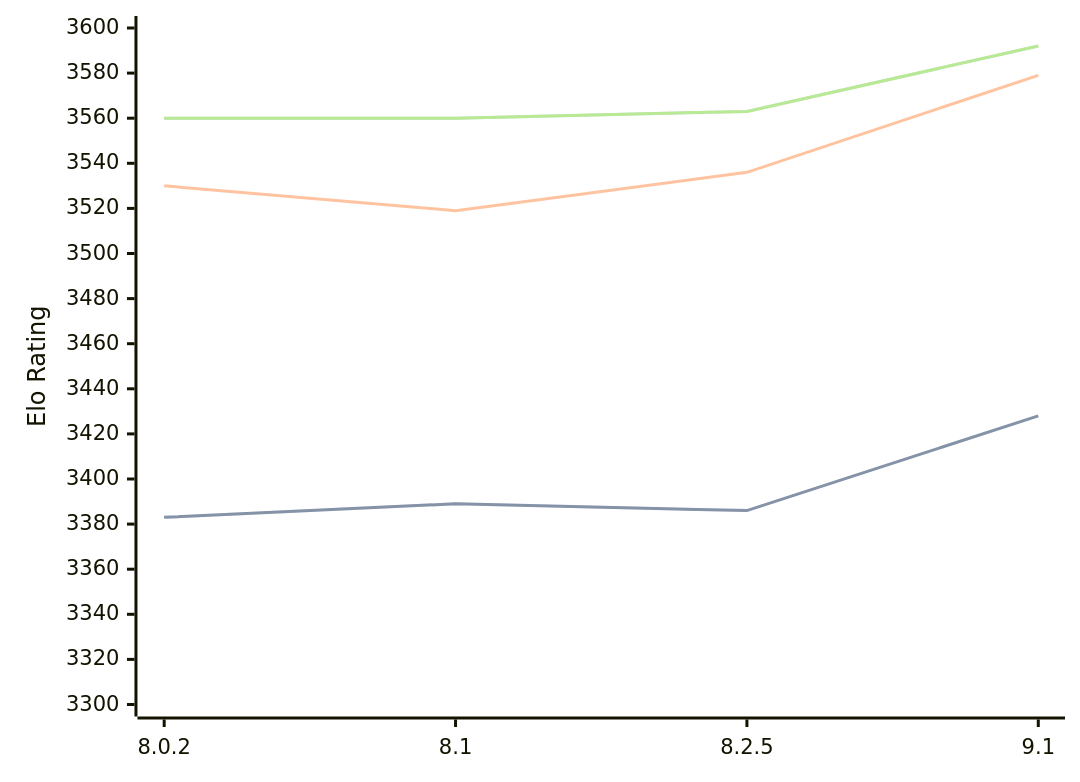
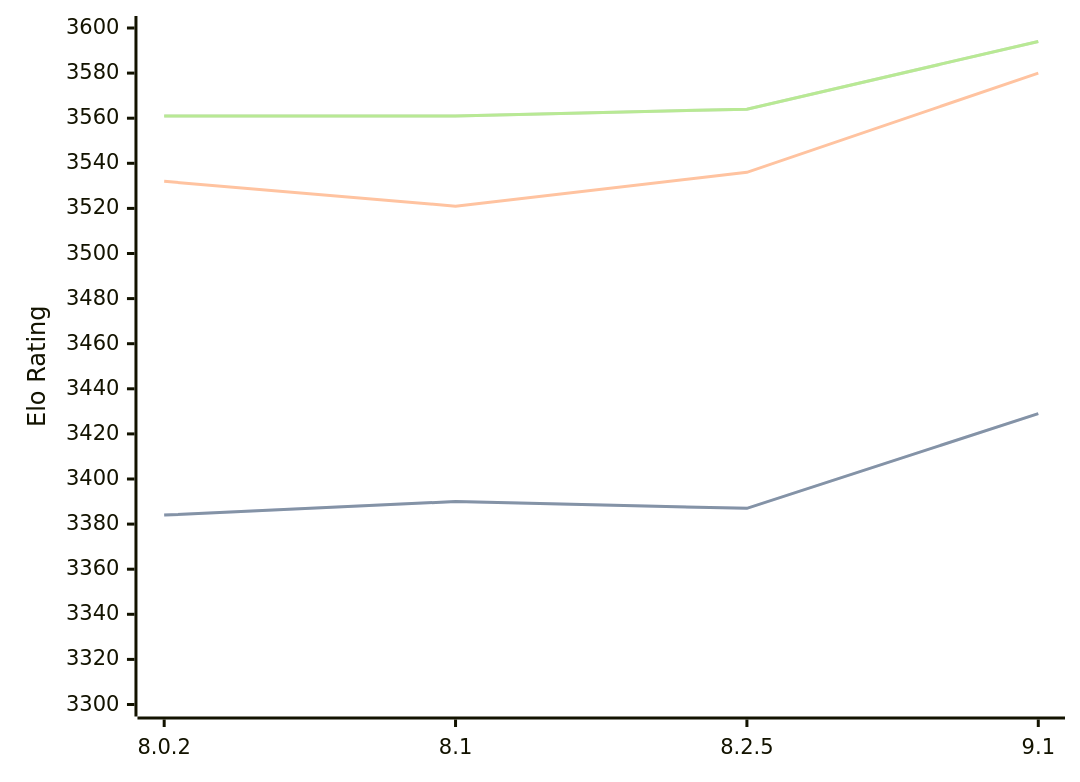
The diagram in engines/Clover.md (computer-chess-index/cci), drawn with Mermaid before and after one commit. The commit also changed other lines of this file, not shown here.

Commit message:
Update CCI Ratings (ELO VLTC) - 2026-05-12

````diff
--- a/engines/Clover.md
+++ b/engines/Clover.md
@@ -64,11 +64,11 @@
 ```mermaid
 %%{init: {"theme":"base","themeVariables":{"seriesColors:['#a3a3a3','#222221','#faa371']}}}%%
 xychart-beta
   x-axis ["8.0.2", "8.1", "8.2.5", "9.1"]
   y-axis "Elo Rating" 3300 --> 3600
-  line "STC (8.0+0.08s)" [3383, 3389, 3386, 3428]
-  line "STC (8.0+0.08s)" [3383, 3389, 3386, 3428]
-  line "LTC (60.0+0.60s)" [3530, 3519, 3536, 3579]
-  line "VLTC (2m24s+1.12s)" [3560, 3560, 3563, 3592]
-  line "VLTC (2m24s+1.12s)" [3560, 3560, 3563, 3592]
+  line "STC (8.0+0.08s)" [3384, 3390, 3387, 3429]
+  line "STC (8.0+0.08s)" [3384, 3390, 3387, 3429]
+  line "LTC (60.0+0.60s)" [3532, 3521, 3536, 3580]
+  line "VLTC (2m24s+1.12s)" [3561, 3561, 3564, 3594]
+  line "VLTC (2m24s+1.12s)" [3561, 3561, 3564, 3594]
 ```
````
